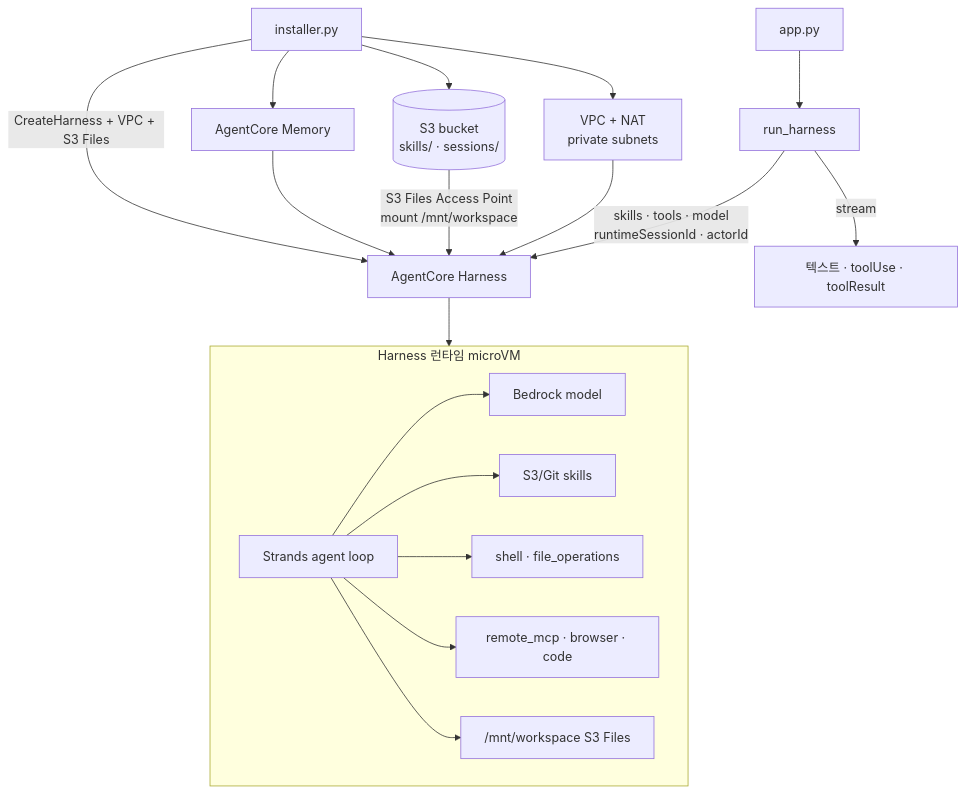
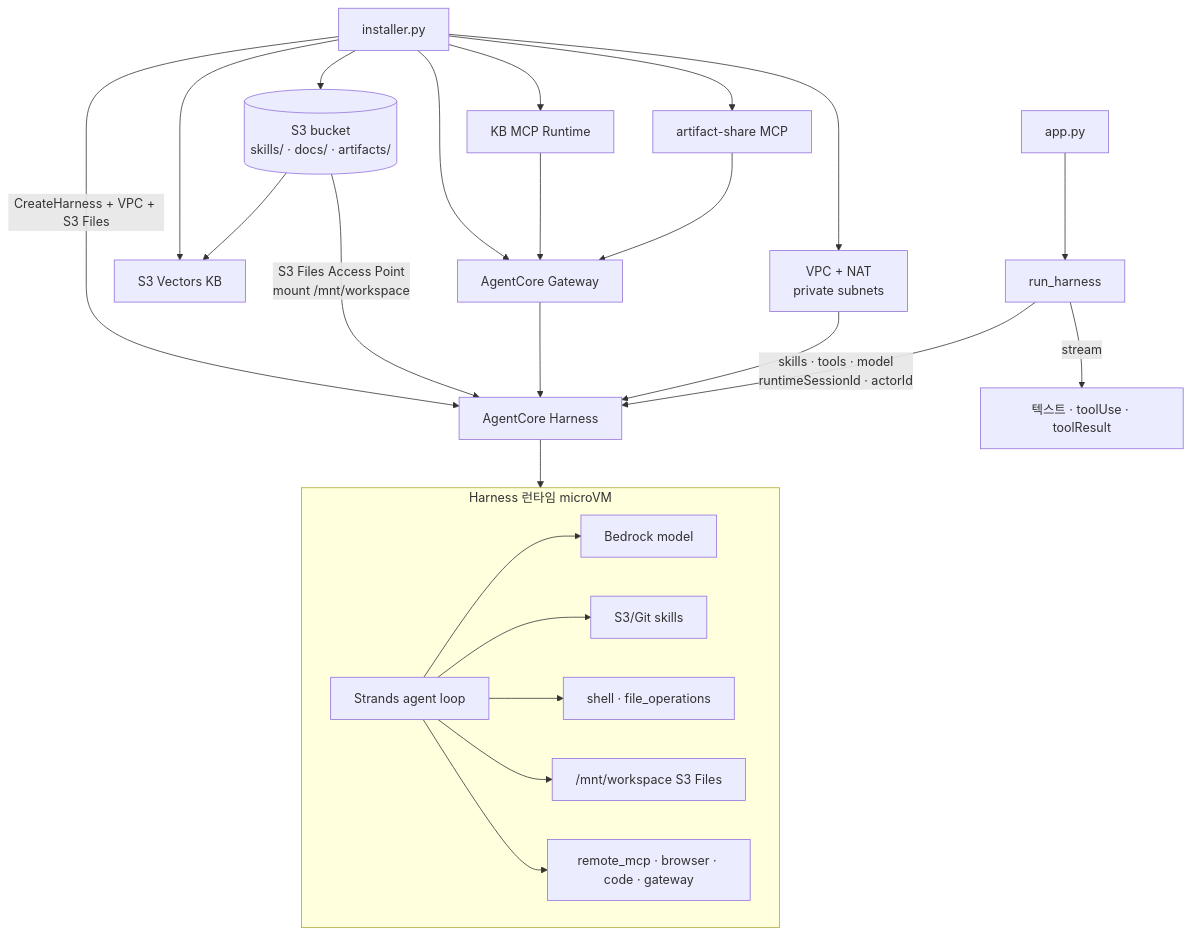
Before and after one commit to kyopark2014/agentcore-harness: the diagram in README.md, drawn with Mermaid. The commit also changed other lines of this file and 19 other files, not shown here.

First line of the commit message:
Add KB and artifact-share MCP with S3 Files session mount.

````diff
--- a/README.md
+++ b/README.md
@@ -24,30 +26,36 @@
 ```mermaid
 flowchart TB
   INST[installer.py] -->|CreateHarness + VPC + S3 Files| H[AgentCore Harness]
-  INST --> Mem[AgentCore Memory]
-  INST --> S3[(S3 bucket<br/>skills/ · sessions/)]
+  INST --> S3[(S3 bucket<br/>skills/ · docs/ · artifacts/)]
   INST --> VPC[VPC + NAT<br/>private subnets]
-  Mem --> H
+  INST --> KB[S3 Vectors KB]
+  INST --> KBMCP[KB MCP Runtime]
+  INST --> ASMCP[artifact-share MCP]
+  INST --> GW[AgentCore Gateway]
+  S3 --> KB
   S3 -->|S3 Files Access Point<br/>mount /mnt/workspace| H
+  KBMCP --> GW
+  ASMCP --> GW
+  GW --> H
   VPC --> H
 
   App[app.py] --> RH[run_harness]
   RH -->|skills · tools · model<br/>runtimeSessionId · actorId| H
 
   subgraph Harness["Harness 런타임 microVM"]
     Loop[Strands agent loop]
     Model[Bedrock model]
     Skills[S3/Git skills]
     BuiltIn[shell · file_operations]
-    Remote[remote_mcp · browser · code]
     FS["/mnt/workspace S3 Files"]
+    Remote[remote_mcp · browser · code · gateway]
     Loop --> Model
     Loop --> Skills
     Loop --> BuiltIn
+    Loop --> FS
     Loop --> Remote
-    Loop --> FS
   end
 
   H --> Harness
   RH -->|stream| UI[텍스트 · toolUse · toolResult]
 ```
````
